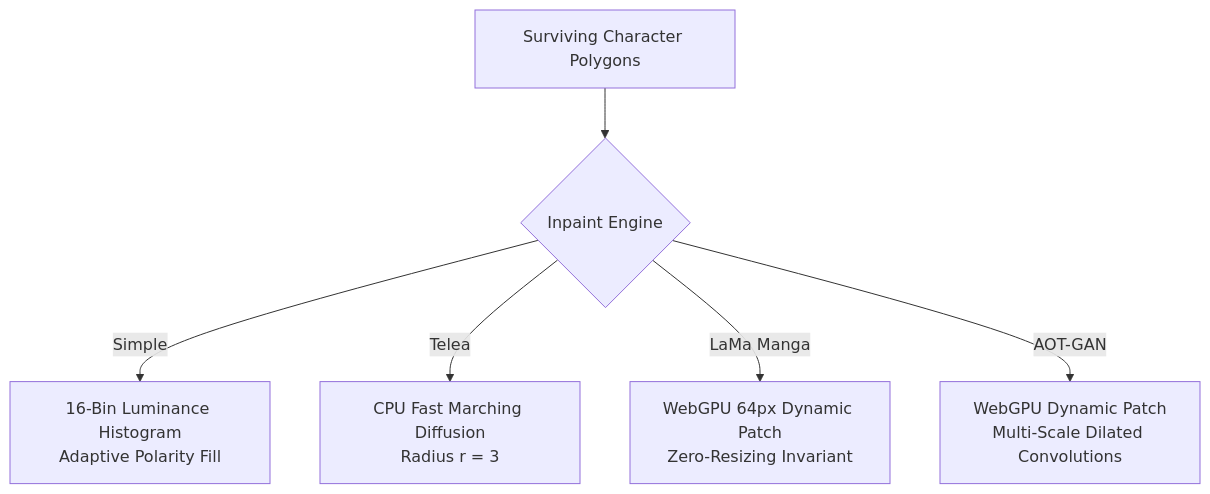
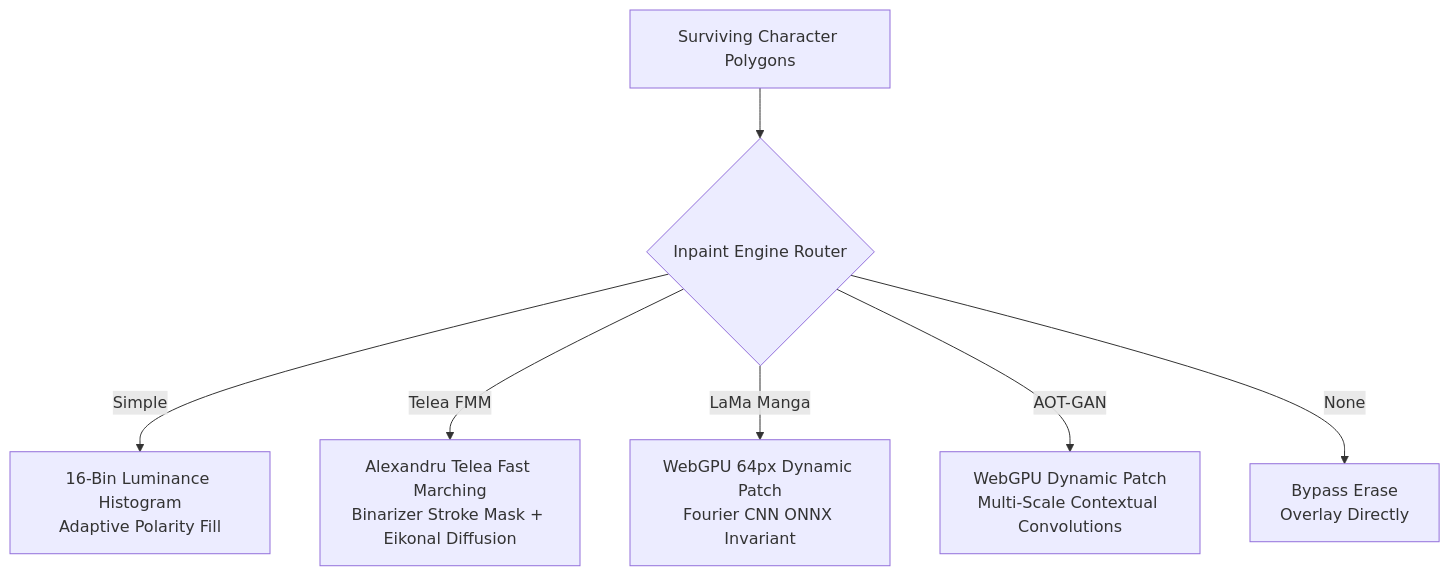
The second of 5 diagrams in docs/architecture/pipeline.md (Unheat/Kites), drawn with Mermaid before and after one commit. The commit also changed other lines of this file and 15 other files, not shown here.

Commit message:
docs: add Devlog 049, ADR-007, ADR-008, update architecture and workarounds for v1.2.1

````diff
--- a/docs/architecture/pipeline.md
+++ b/docs/architecture/pipeline.md
@@ -139,8 +141,9 @@
 ```mermaid
 graph TD
-    Mask[Surviving Character Polygons] --> Choice{Inpaint Engine}
+    Mask[Surviving Character Polygons] --> Choice{Inpaint Engine Router}
     Choice -->|Simple| Simple[16-Bin Luminance Histogram<br/>Adaptive Polarity Fill]
-    Choice -->|Telea| Telea[CPU Fast Marching Diffusion<br/>Radius r = 3]
-    Choice -->|LaMa Manga| LaMa[WebGPU 64px Dynamic Patch<br/>Zero-Resizing Invariant]
-    Choice -->|AOT-GAN| AOT[WebGPU Dynamic Patch<br/>Multi-Scale Dilated Convolutions]
+    Choice -->|Telea FMM| Telea[Alexandru Telea Fast Marching<br/>Binarizer Stroke Mask + Eikonal Diffusion]
+    Choice -->|LaMa Manga| LaMa[WebGPU 64px Dynamic Patch<br/>Fourier CNN ONNX Invariant]
+    Choice -->|AOT-GAN| AOT[WebGPU Dynamic Patch<br/>Multi-Scale Contextual Convolutions]
+    Choice -->|None| None[Bypass Erase<br/>Overlay Directly]
 ```
````
